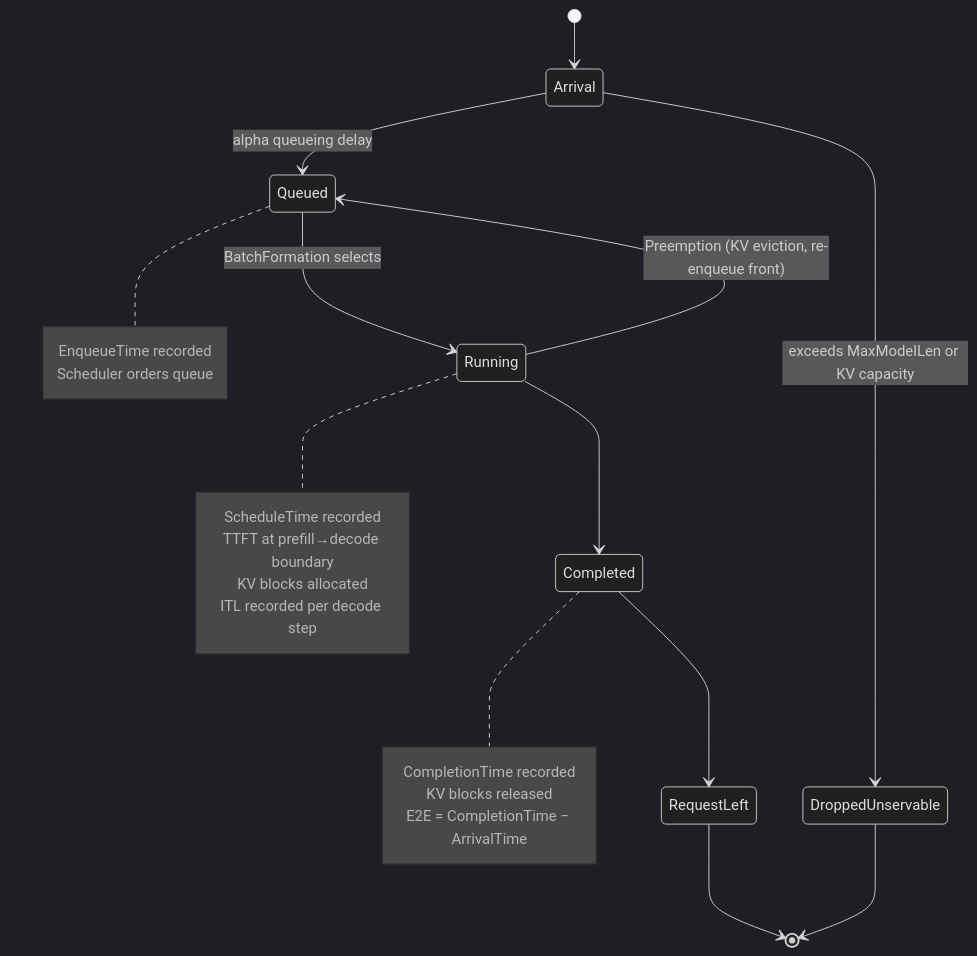
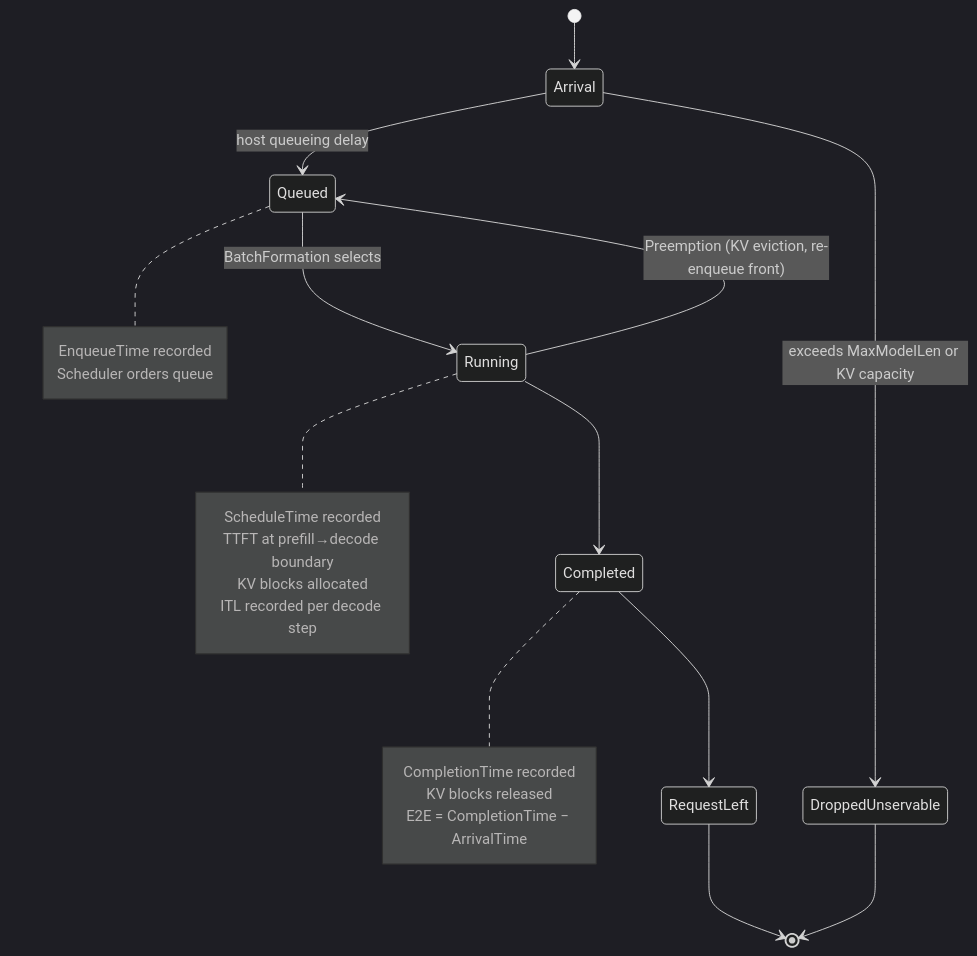
One commit to inference-sim/inference-sim changed the third of 3 diagrams in docs/concepts/core-engine.md. Above: the diagram before and after it, drawn with Mermaid (dark theme). The commit also changed other lines of this file and 420 other files, not shown here.

First line of the commit message:
blis-latency-kernel as BLIS's only latency backend; a blis-schemas scenario as the one deployment (#1851)

````diff
--- a/docs/concepts/core-engine.md
+++ b/docs/concepts/core-engine.md
@@ -99,36 +99,36 @@
 ```mermaid
 stateDiagram-v2
     [*] --> Arrival
-    Arrival --> Queued : alpha queueing delay
+    Arrival --> Queued : host queueing delay
     Arrival --> DroppedUnservable : exceeds MaxModelLen or KV capacity
 
     state "Queued" as Queued
     note right of Queued
         EnqueueTime recorded
         Scheduler orders queue
     end note
 
     Queued --> Running : BatchFormation selects
 
     state "Running" as Running
     note right of Running
         ScheduleTime recorded
         TTFT at prefill→decode boundary
         KV blocks allocated
         ITL recorded per decode step
     end note
 
     Running --> Completed
     Running --> Queued : Preemption (KV eviction, re-enqueue front)
 
     state "Completed" as Completed
     note right of Completed
         CompletionTime recorded
         KV blocks released
         E2E = CompletionTime − ArrivalTime
     end note
 
     Completed --> RequestLeft
     RequestLeft --> [*]
     DroppedUnservable --> [*]
 ```
````
